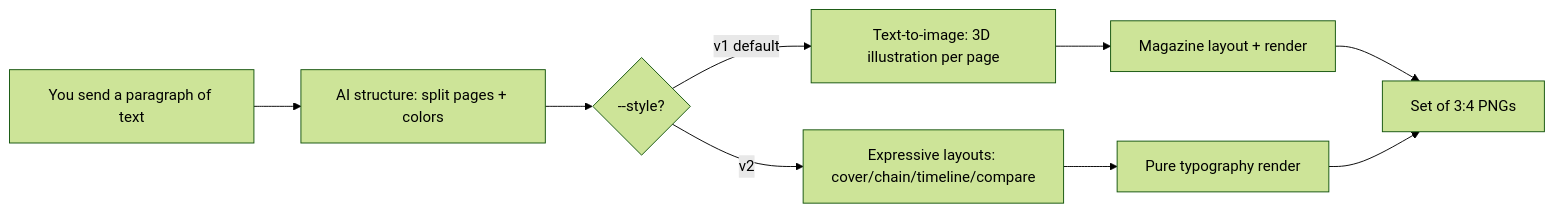
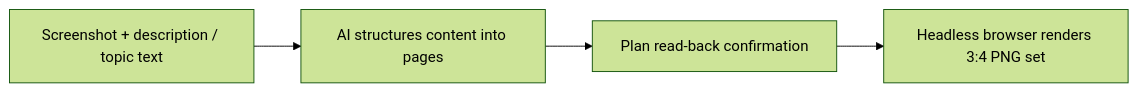
The diagram in README_EN.md (Wanqiu12345/screenshot-infographic-skill), drawn with Mermaid (forest theme) before and after one commit. The commit also changed other lines of this file and 13 other files, not shown here.

````diff
--- a/README_EN.md
+++ b/README_EN.md
@@ -321,9 +90,6 @@
 ```mermaid
 flowchart LR
-    A[You send a paragraph of text] --> B[AI structure: split pages + colors]
-    B --> C1{--style?}
-    C1 -->|v1 default| D1[Text-to-image: 3D illustration per page] --> E1[Magazine layout + render]
-    C1 -->|v2| D2[Expressive layouts: cover/chain/timeline/compare] --> E2[Pure typography render]
-    E1 --> F[Set of 3:4 PNGs]
-    E2 --> F
+    A[Screenshot + description / topic text] --> B[AI structures content into pages]
+    B --> C[Plan read-back confirmation]
+    C --> D[Headless browser renders 3:4 PNG set]
 ```
````
